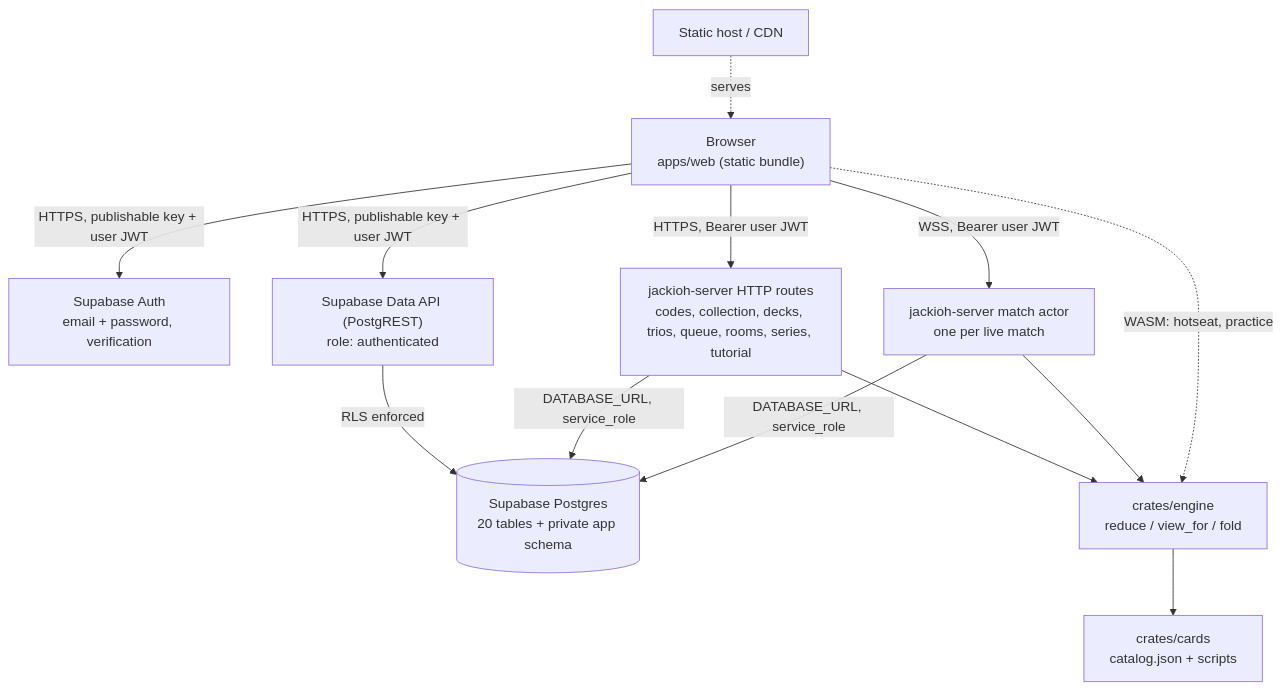
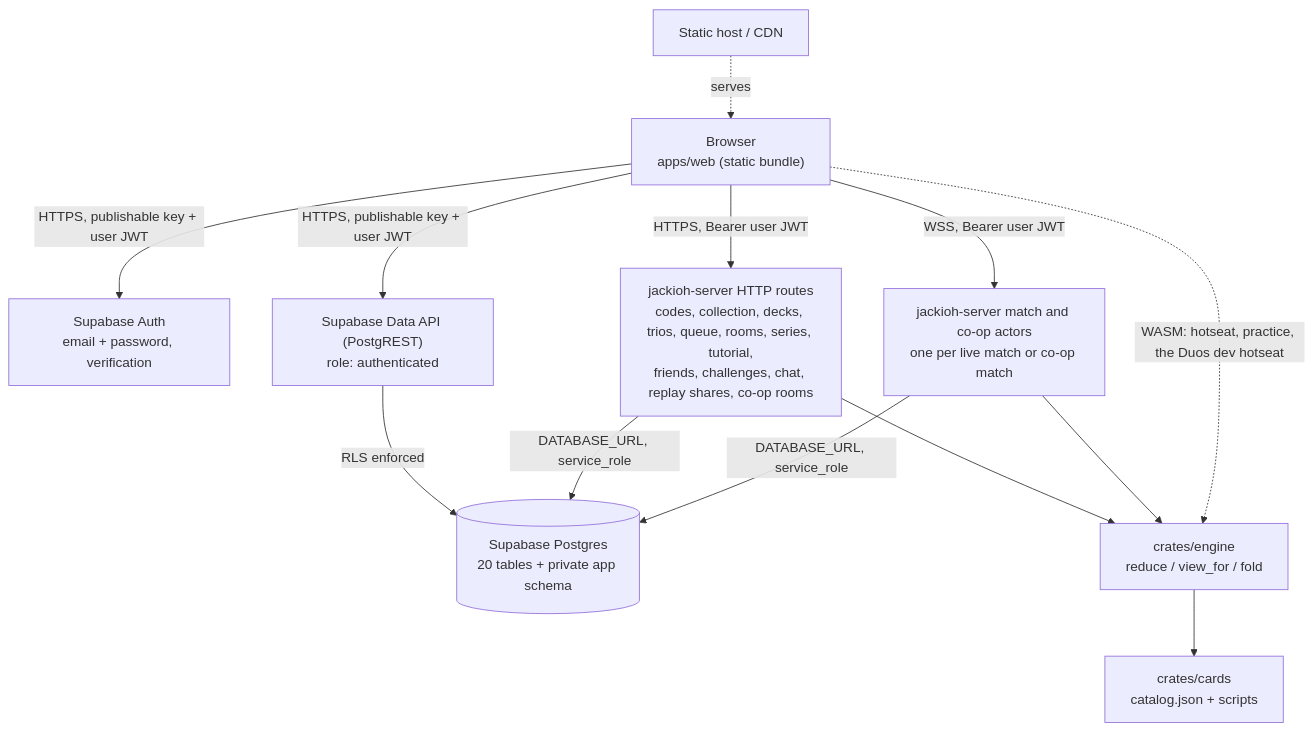
One commit to Jlore-Studios/JackiOh changed the diagram in docs/architecture.md. Above: the diagram before and after it, drawn with Mermaid. The commit also changed other lines of this file and 204 other files, not shown here.

First line of the commit message:
v0.6.0: Play together: friends, spectating, shared replays, chat, and Duos co-op against an AI team (#963)

````diff
--- a/docs/architecture.md
+++ b/docs/architecture.md
@@ -16,25 +16,25 @@
 ```mermaid
 flowchart TD
   B["Browser<br/>apps/web (static bundle)"]
   CDN["Static host / CDN"]
   AUTH["Supabase Auth<br/>email + password, verification"]
   PGR["Supabase Data API (PostgREST)<br/>role: authenticated"]
-  API["jackioh-server HTTP routes<br/>codes, collection, decks, trios, queue, rooms, series, tutorial"]
-  ACT["jackioh-server match actor<br/>one per live match"]
+  API["jackioh-server HTTP routes<br/>codes, collection, decks, trios, queue, rooms, series, tutorial,<br/>friends, challenges, chat, replay shares, co-op rooms"]
+  ACT["jackioh-server match and co-op actors<br/>one per live match or co-op match"]
   PG[("Supabase Postgres<br/>20 tables + private app schema")]
   ENG["crates/engine<br/>reduce / view_for / fold"]
   CAT["crates/cards<br/>catalog.json + scripts"]
 
   CDN -.serves.-> B
   B -->|HTTPS, publishable key + user JWT| AUTH
   B -->|HTTPS, publishable key + user JWT| PGR
   B -->|HTTPS, Bearer user JWT| API
   B -->|WSS, Bearer user JWT| ACT
   PGR -->|RLS enforced| PG
   API -->|DATABASE_URL, service_role| PG
   ACT -->|DATABASE_URL, service_role| PG
   API --> ENG
   ACT --> ENG
   ENG --> CAT
-  B -.->|"WASM: hotseat, practice"| ENG
+  B -.->|"WASM: hotseat, practice, the Duos dev hotseat"| ENG
 ```
````
